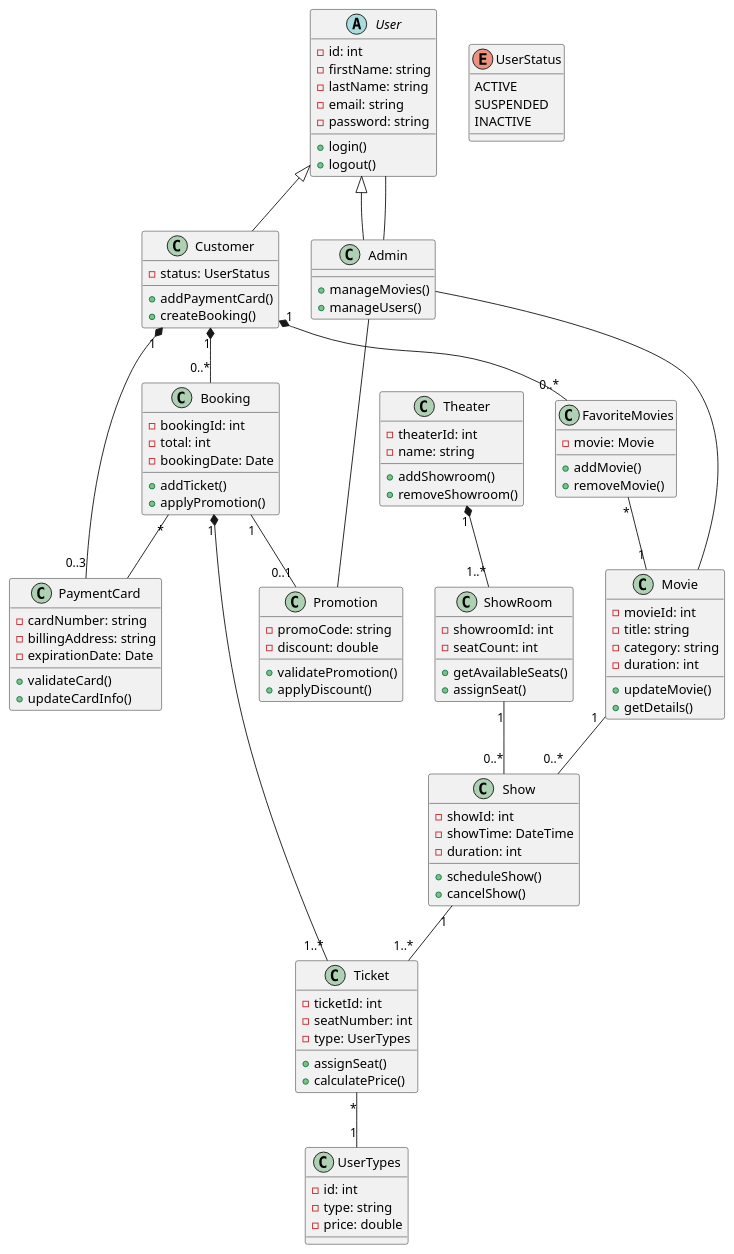
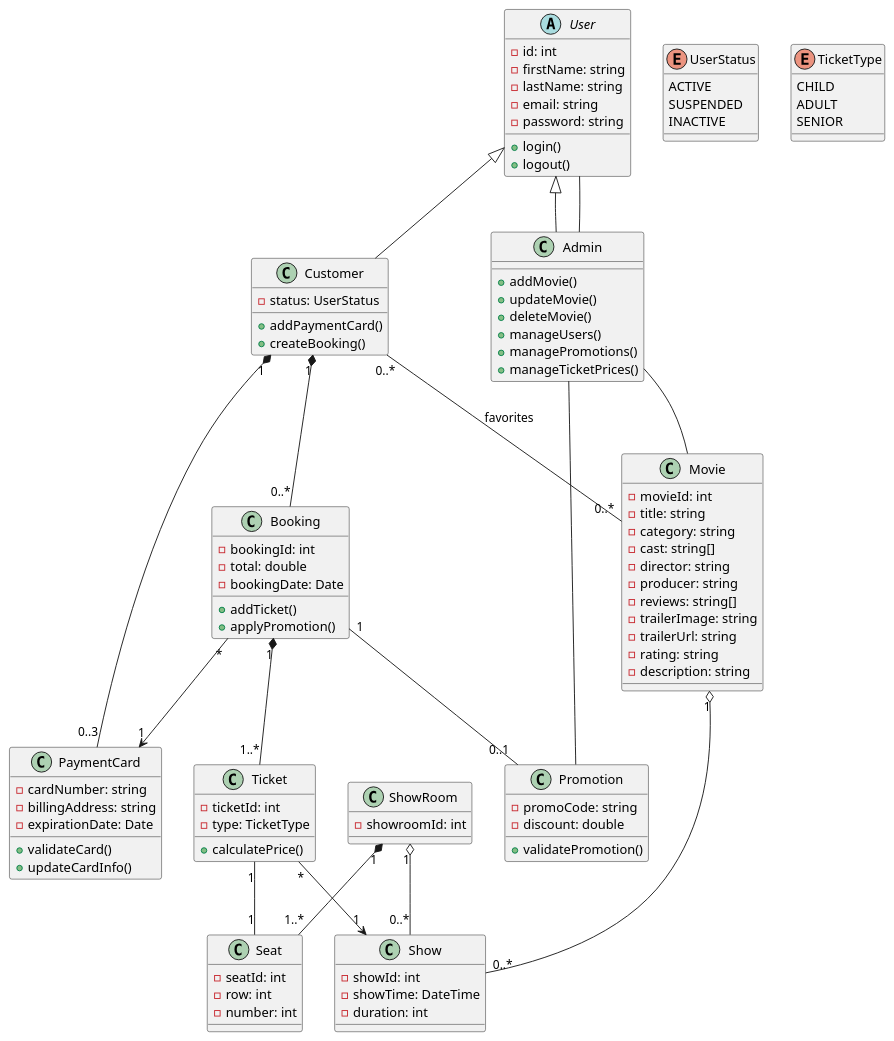
One commit to alecreates/Cinema-E-Booking-System changed the diagram in user-diagram.puml. Above: the diagram before and after it, drawn with PlantUML.

Commit message:
updated puml

```diff
--- a/user-diagram.puml
+++ b/user-diagram.puml
@@ -1,123 +1,118 @@
 @startuml
 
 abstract class User {
     - id: int
     - firstName: string
     - lastName: string
     - email: string
     - password: string
     + login()
     + logout()
 }
 
 class Customer extends User {
     - status: UserStatus
     + addPaymentCard()
     + createBooking()
 }
 
 class Admin extends User {
-    + manageMovies()
+    + addMovie()
+    + updateMovie()
+    + deleteMovie()
     + manageUsers()
+    + managePromotions()
+    + manageTicketPrices()
 }
 
 class PaymentCard {
     - cardNumber: string
     - billingAddress: string
     - expirationDate: Date
     + validateCard()
     + updateCardInfo()
 }
 
-class FavoriteMovies {
-    - movie: Movie
-    + addMovie()
-    + removeMovie()
-}
-
 enum UserStatus {
     ACTIVE
     SUSPENDED
     INACTIVE
 }
 
+enum TicketType {
+    CHILD
+    ADULT
+    SENIOR
+}
+
 class Booking {
     - bookingId: int
-    - total: int
+    - total: double
     - bookingDate: Date
     + addTicket()
     + applyPromotion()
 }
 
 class Ticket {
     - ticketId: int
-    - seatNumber: int
-    - type: UserTypes
-    + assignSeat()
+    - type: TicketType
     + calculatePrice()
 }
 
 class Promotion {
     - promoCode: string
     - discount: double
     + validatePromotion()
-    + applyDiscount()
-}
-
-class UserTypes {
-    - id: int
-    - type: string
-    - price: double
-}
-
-class Theater {
-    - theaterId: int
-    - name: string
-    + addShowroom()
-    + removeShowroom()
 }
 
 class Show {
     - showId: int
     - showTime: DateTime
     - duration: int
-    + scheduleShow()
-    + cancelShow()
 }
 
 class ShowRoom {
     - showroomId: int
-    - seatCount: int
-    + getAvailableSeats()
-    + assignSeat()
+}
+
+class Seat {
+    - seatId: int
+    - row: int
+    - number: int
 }
 
 class Movie {
     - movieId: int
     - title: string
     - category: string
-    - duration: int
-    + updateMovie()
-    + getDetails()
+    - cast: string[]
+    - director: string
+    - producer: string
+    - reviews: string[]
+    - trailerImage: string
+    - trailerUrl: string
+    - rating: string
+    - description: string
 }
 
 Customer "1" *-- "0..3" PaymentCard
-Customer "1" *-- "0..*" FavoriteMovies
 Customer "1" *-- "0..*" Booking
-FavoriteMovies "*" -- "1" Movie
+Customer "0..*" -- "0..*" Movie : favorites
 
 Booking "1" *-- "1..*" Ticket
+Booking "*" --> "1" PaymentCard
 Booking "1" -- "0..1" Promotion
-Booking "*" -- PaymentCard
 
-Theater "1" *-- "1..*" ShowRoom
-Movie "1" -- "0..*" Show
-ShowRoom "1" -- "0..*" Show
-Show "1" -- "1..*" Ticket
-Ticket "*" -- "1" UserTypes
+Ticket "1" -- "1" Seat
+Ticket "*" --> "1" Show
+
+Movie "1" o-- "0..*" Show
+
+ShowRoom "1" o-- "0..*" Show
+ShowRoom "1" *-- "1..*" Seat
 
 Admin -- Movie
 Admin -- Promotion
 Admin -- User
 
 @enduml
```
